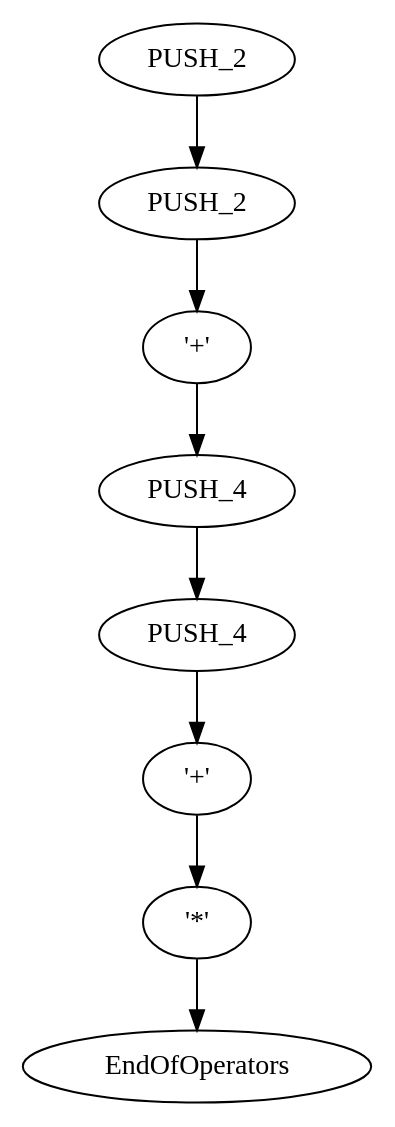
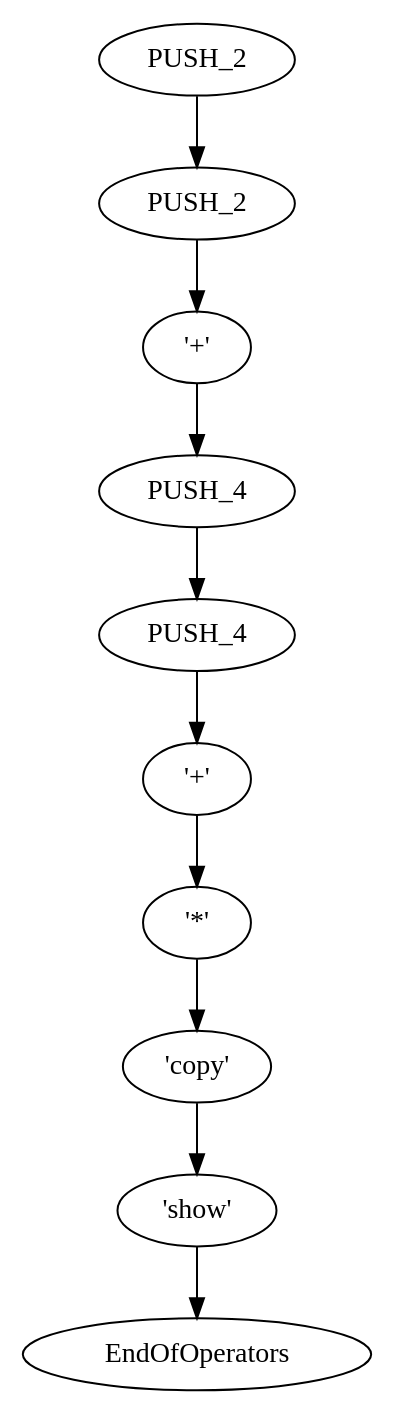
The diagram in src/examples/stack_example.mspl.dot (gofralang/gofra), drawn with Graphviz before and after one commit. The commit also changed 6 other files, not shown here.

```diff
--- a/src/examples/stack_example.mspl.dot
+++ b/src/examples/stack_example.mspl.dot
@@ -1,17 +1,21 @@
 digraph Source{
    Operator_0 [label=PUSH_2];
    Operator_0 -> Operator_1;
    Operator_1 [label=PUSH_2];
    Operator_1 -> Operator_2;
    Operator_2 [label="'+'"];
    Operator_2 -> Operator_3;
    Operator_3 [label=PUSH_4];
    Operator_3 -> Operator_4;
    Operator_4 [label=PUSH_4];
    Operator_4 -> Operator_5;
    Operator_5 [label="'+'"];
    Operator_5 -> Operator_6;
    Operator_6 [label="'*'"];
    Operator_6 -> Operator_7;
-   Operator_7 [label="EndOfOperators"];
+   Operator_7 [label="'copy'"];
+   Operator_7 -> Operator_8;
+   Operator_8 [label="'show'"];
+   Operator_8 -> Operator_9;
+   Operator_9 [label="EndOfOperators"];
 }
```
